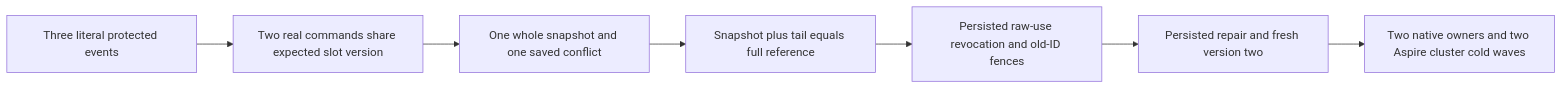
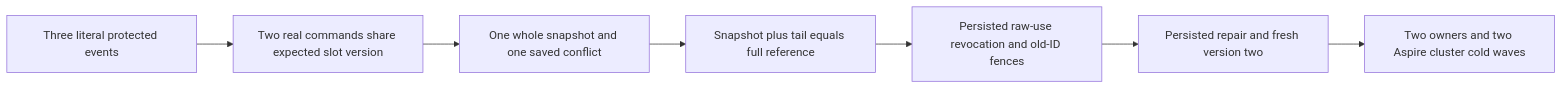
One commit to managedcode/KeyLoad changed the diagram in docs/Features/EventStreams/ConcurrentAggregateSnapshotOwnership.md. Above: the diagram before and after it, drawn with Mermaid. The commit also changed other lines of this file and 9016 other files, not shown here.

````diff
--- a/docs/Features/EventStreams/ConcurrentAggregateSnapshotOwnership.md
+++ b/docs/Features/EventStreams/ConcurrentAggregateSnapshotOwnership.md
@@ -27,9 +27,9 @@
 ```mermaid
 flowchart LR
     Seed[Three literal protected events] --> Race[Two real commands share expected slot version]
     Race --> Winner[One whole snapshot and one saved conflict]
     Winner --> Replay[Snapshot plus tail equals full reference]
     Replay --> Deny[Persisted raw-use revocation and old-ID fences]
     Deny --> Repair[Persisted repair and fresh version two]
-    Repair --> Cold[Two native owners and two Aspire cluster cold waves]
+    Repair --> Cold[Two owners and two Aspire cluster cold waves]
 ```
````
